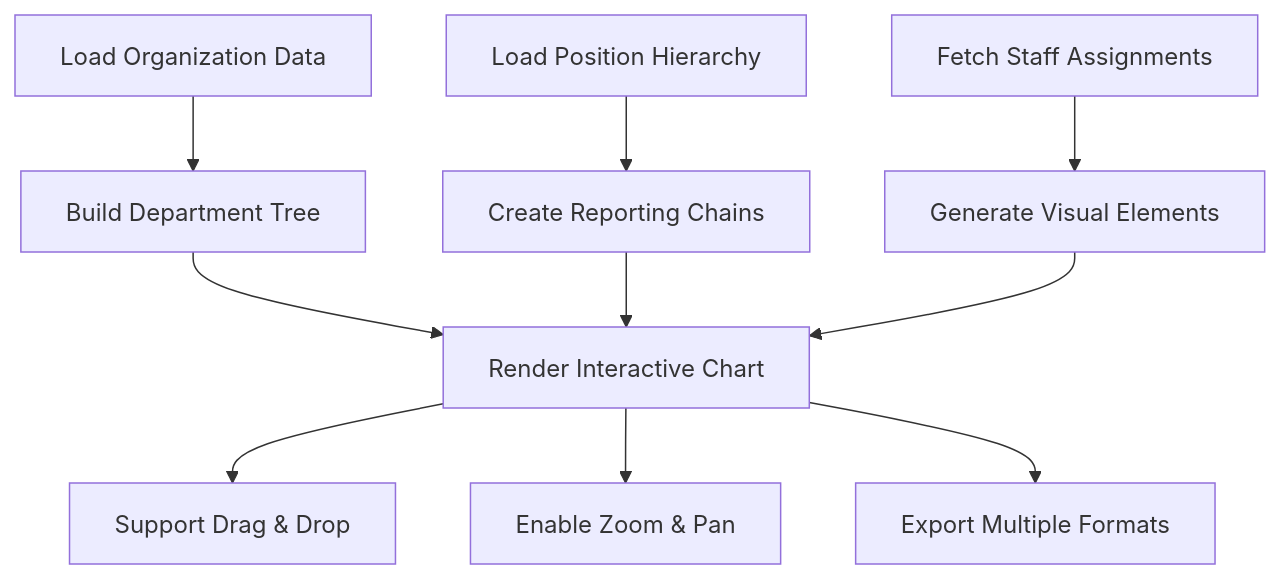
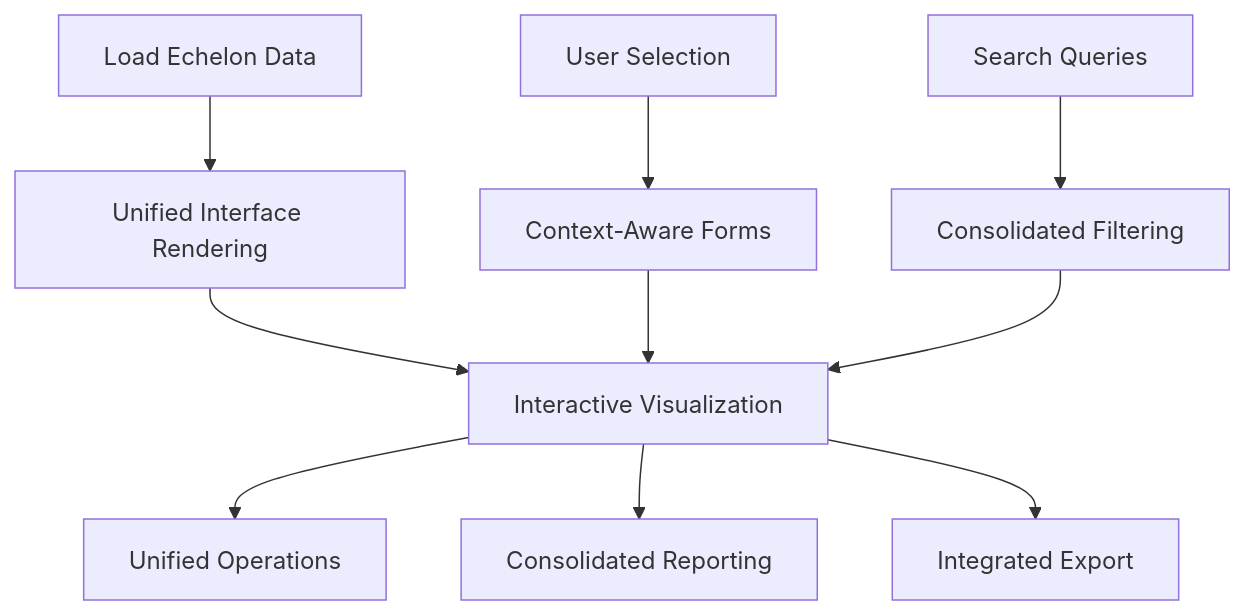
The sixth of 9 diagrams in .qoder/repowiki/en/content/Human Resources Management/Personnel Administration/Organizational Structure.md (franckylab/eLISAschool), drawn with Mermaid before and after one commit. The commit also changed other lines of this file and 138 other files, not shown here.

````diff
--- a/.qoder/repowiki/en/content/Human Resources Management/Personnel Administration/Organizational Structure.md
+++ b/.qoder/repowiki/en/content/Human Resources Management/Personnel Administration/Organizational Structure.md
@@ -262,12 +292,12 @@
 ```mermaid
 flowchart TD
-A["Load Organization Data"] --> B["Build Department Tree"]
-C["Load Position Hierarchy"] --> D["Create Reporting Chains"]
-E["Fetch Staff Assignments"] --> F["Generate Visual Elements"]
-B --> G["Render Interactive Chart"]
+A["Load Echelon Data"] --> B["Unified Interface Rendering"]
+C["User Selection"] --> D["Context-Aware Forms"]
+E["Search Queries"] --> F["Consolidated Filtering"]
+B --> G["Interactive Visualization"]
 D --> G
 F --> G
-G --> H["Support Drag & Drop"]
-G --> I["Enable Zoom & Pan"]
-G --> J["Export Multiple Formats"]
+G --> H["Unified Operations"]
+G --> I["Consolidated Reporting"]
+G --> J["Integrated Export"]
 ```
````
